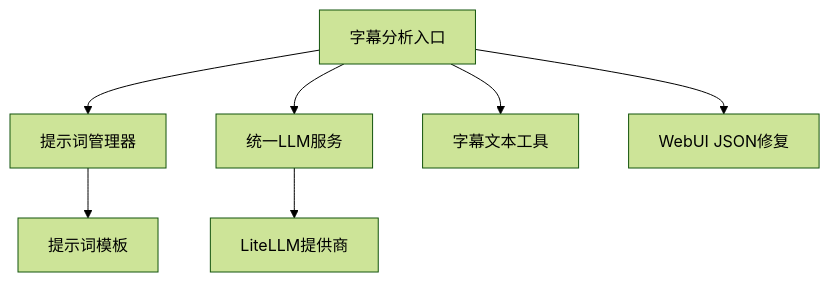
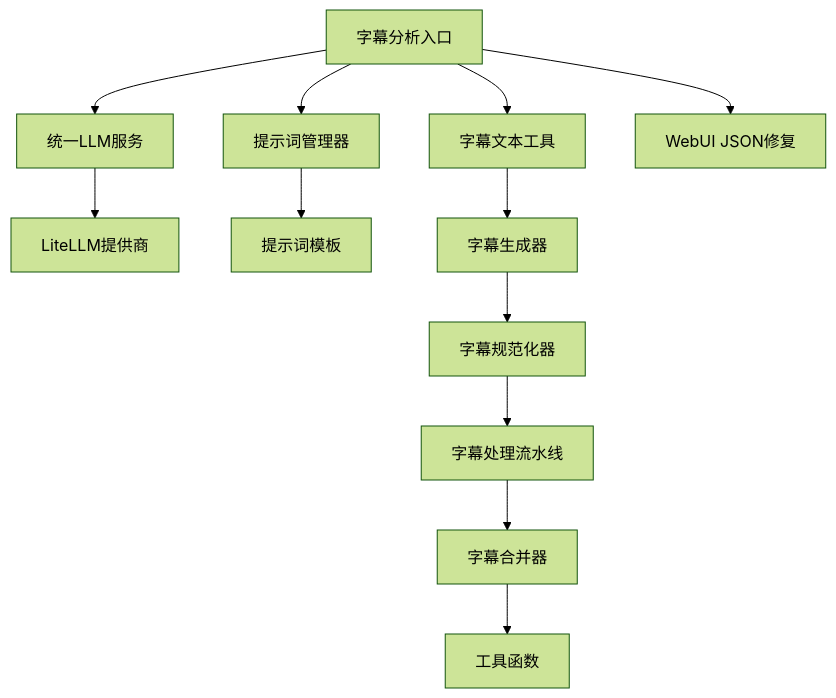
Before and after one commit to wowoduang/AIVideoClaude: the seventh of 7 diagrams in .qoder/repowiki/zh/content/核心功能/AI影视解说系统/字幕分析器.md, drawn with Mermaid (forest theme). The commit also changed other lines of this file and 26 other files, not shown here.

````diff
--- a/.qoder/repowiki/zh/content/核心功能/AI影视解说系统/字幕分析器.md
+++ b/.qoder/repowiki/zh/content/核心功能/AI影视解说系统/字幕分析器.md
@@ -395,9 +516,14 @@
 ```mermaid
 graph TB
 SA["字幕分析入口"] --> PM["提示词管理器"]
 SA --> US["统一LLM服务"]
 US --> LP["LiteLLM提供商"]
 PM --> Tmpl["提示词模板"]
 SA --> ST["字幕文本工具"]
 SA --> WUI["WebUI JSON修复"]
+ST --> SU["字幕生成器"]
+SU --> SN["字幕规范化器"]
+SN --> SP["字幕处理流水线"]
+SP --> SM["字幕合并器"]
+SM --> UT["工具函数"]
 ```
````
